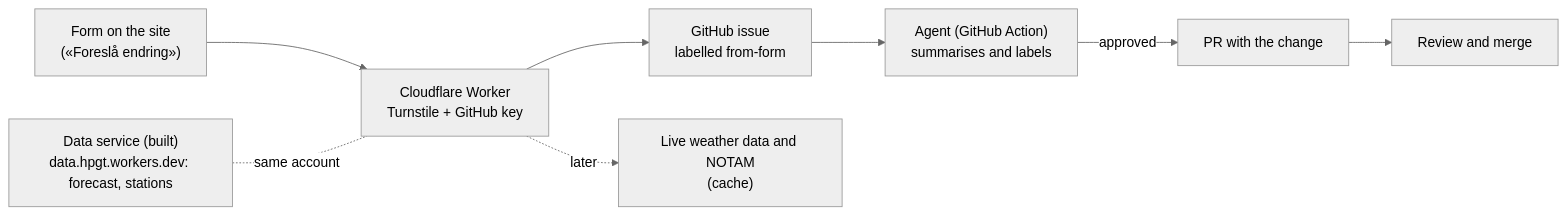
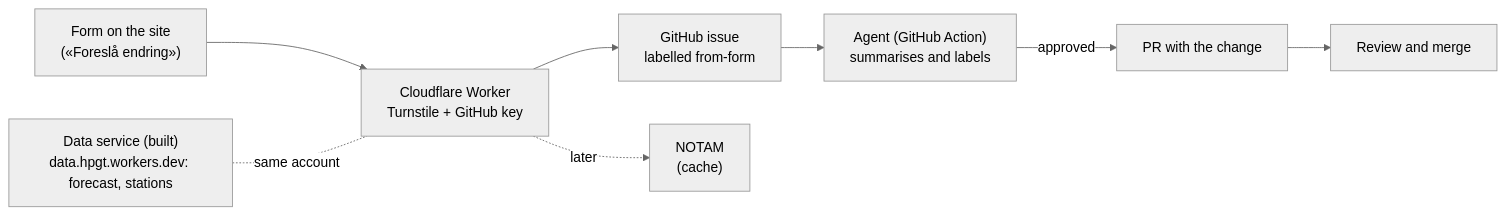
Before and after one commit to hpgt-com/flying-sites: the sixth of 6 diagrams in docs/architecture.md, drawn with Mermaid (neutral theme). The commit also changed other lines of this file and 3 other files, not shown here.

````diff
--- a/docs/architecture.md
+++ b/docs/architecture.md
@@ -288,10 +301,10 @@
 ```mermaid
 flowchart LR
   form["Form on the site<br/>(«Foreslå endring»)"] --> worker["Cloudflare Worker<br/>Turnstile + GitHub key"]
   worker --> issue["GitHub issue<br/>labelled from-form"]
   issue --> agent["Agent (GitHub Action)<br/>summarises and labels"]
   agent -- "approved" --> pr["PR with the change"]
   pr --> review["Review and merge"]
-  worker -. "later" .-> live["Live weather data and NOTAM<br/>(cache)"]
+  worker -. "later" .-> live["NOTAM<br/>(cache)"]
   data["Data service (built)<br/>data.hpgt.workers.dev: forecast, stations"] -. "same account" .- worker
 ```
````
